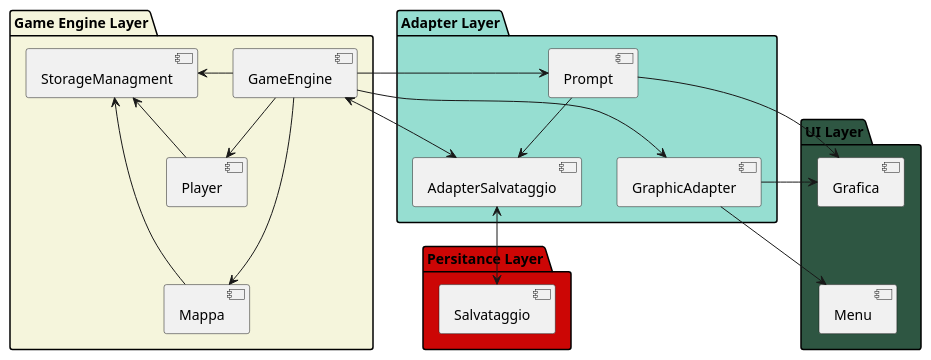
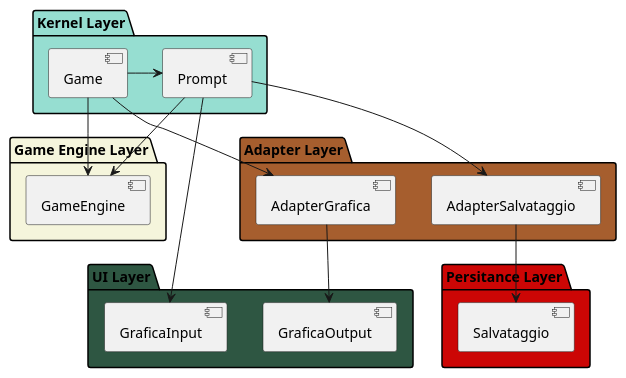
Before and after one commit to PdP03/ACMD: the diagram in DiagrammiUML/LayerDiagram.puml, drawn with PlantUML. The commit also changed 5 other files, not shown here.

Commit message:
Aggiornamento Diagrammi e README

```diff
--- a/DiagrammiUML/LayerDiagram.puml
+++ b/DiagrammiUML/LayerDiagram.puml
@@ -1,43 +1,40 @@
 @startuml
 /'-----------------       UI LAYER      -----------------'/
 package "UI Layer" #2e5642{
-  [Grafica]
-  [Menu]
-  [Grafica] --[hidden]> [Menu]
+  [GraficaInput]
+  [GraficaOutput]
 }
+
 /'-----------------  GAME ENGINE LAYER  -----------------'/
 package "Game Engine Layer" #f5f5dc{
-  [Player]
-  [Mappa]
+  
   [GameEngine]
-  [StorageManagment]
 }
-[GameEngine]-->[Mappa]
-[GameEngine]-->[Player]
-[StorageManagment] <-- [Player]
-[StorageManagment] <-- [Mappa]
-[GameEngine] -> [StorageManagment] 
-[Player] --[hidden]> [Mappa]
 
 /'-----------------    ADAPTER LAYER    -----------------'/
-package "Adapter Layer" #96ded1{
+package "Kernel Layer" #96ded1{
   [Prompt]
-  [GraphicAdapter]
-  [AdapterSalvataggio]
-  [Prompt] --[hidden]> [GraphicAdapter]
-  [AdapterSalvataggio] -[hidden]> [GraphicAdapter] 
+  [Game]  
 }
-[Prompt] -> [Grafica] 
-[GameEngine] --> [Prompt] 
-[GameEngine] --> [GraphicAdapter]
-[Prompt] -> [AdapterSalvataggio]
-[GraphicAdapter] -> [Grafica]
-[GraphicAdapter] -> [Menu]
+[Game] -> [Prompt]
+[Game] --> [GameEngine]
+[Prompt] -> [GameEngine]
+[Prompt] --> [GraficaInput]
+
 
 /'----------------- PERSISTANCE LAYER -----------------'/
 package "Persitance Layer" #cc0605 {
   [Salvataggio]
 }
-[AdapterSalvataggio] <--> [Salvataggio]
-[AdapterSalvataggio] <--> [GameEngine]
+
+/'----------------- ADAPTER LAYER -----------------'/
+package "Adapter Layer" #a65e2e{
+  [AdapterGrafica]
+  [AdapterSalvataggio]
+}
+[Prompt] --> [AdapterSalvataggio]
+[AdapterSalvataggio] --> [Salvataggio]
+[AdapterGrafica] --> [GraficaOutput]
+
+[Game] --> [AdapterGrafica]
 @enduml
```
